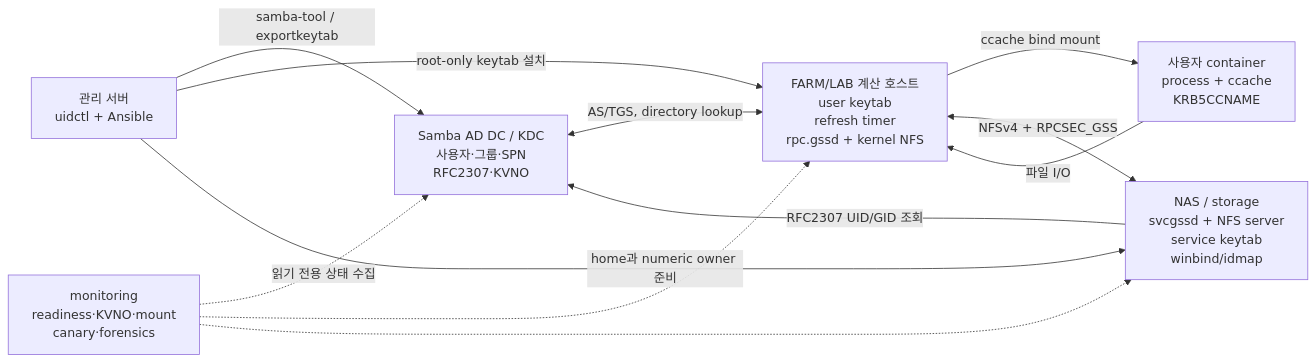
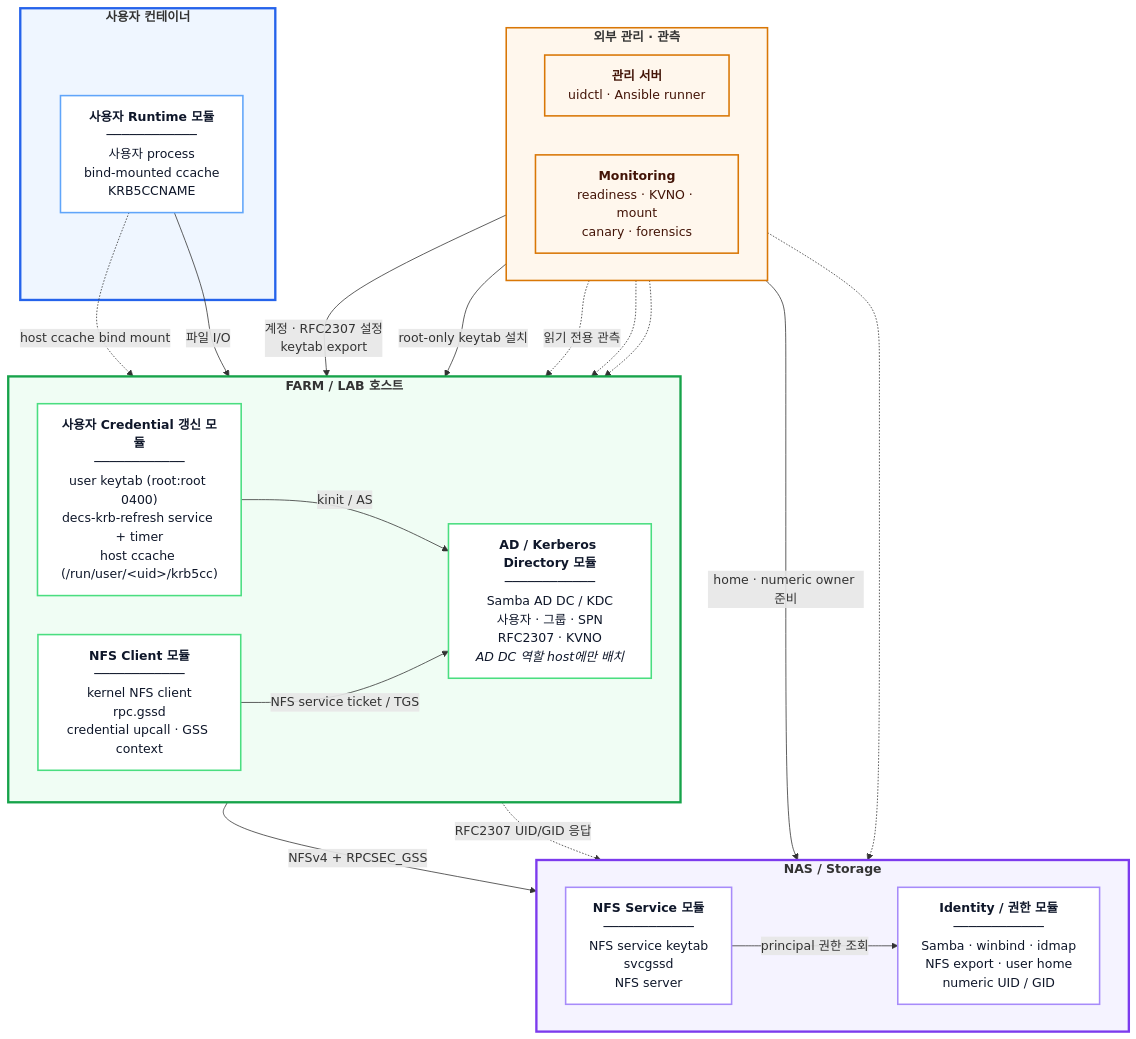
Before and after one commit to CSID-DGU/admin_wiki: the first of 3 diagrams in md/system/kerberos-nfs/design.md, drawn with Mermaid. The commit also changed other lines of this file and 8 other files, not shown here.

Commit message:
docs: clarify kerberos nfs architecture diagram

````diff
--- a/md/system/kerberos-nfs/design.md
+++ b/md/system/kerberos-nfs/design.md
@@ -19,21 +24,58 @@
 ```mermaid
-flowchart LR
-    M["관리 서버<br/>uidctl + Ansible"]
-    AD["Samba AD DC / KDC<br/>사용자·그룹·SPN<br/>RFC2307·KVNO"]
-    H["FARM/LAB 계산 호스트<br/>user keytab<br/>refresh timer<br/>rpc.gssd + kernel NFS"]
-    C["사용자 container<br/>process + ccache<br/>KRB5CCNAME"]
-    NAS["NAS / storage<br/>svcgssd + NFS server<br/>service keytab<br/>winbind/idmap"]
-    MON["monitoring<br/>readiness·KVNO·mount<br/>canary·forensics"]
+flowchart TB
+    subgraph CONTROL_ZONE["<b>외부 관리 · 관측</b>"]
+        direction LR
+        M["<b>관리 서버</b><br/>uidctl · Ansible runner"]
+        MON["<b>Monitoring</b><br/>readiness · KVNO · mount<br/>canary · forensics"]
+    end
 
-    M -->|"samba-tool / exportkeytab"| AD
-    M -->|"root-only keytab 설치"| H
-    M -->|"home과 numeric owner 준비"| NAS
-    AD <-->|"AS/TGS, directory lookup"| H
-    H -->|"ccache bind mount"| C
-    C -->|"파일 I/O"| H
-    H <-->|"NFSv4 + RPCSEC_GSS"| NAS
-    NAS -->|"RFC2307 UID/GID 조회"| AD
-    MON -.->|"읽기 전용 상태 수집"| AD
-    MON -.-> H
-    MON -.-> NAS
+    subgraph CONTAINER_ZONE["<b>사용자 컨테이너</b>"]
+        USER_RUNTIME["<b>사용자 Runtime 모듈</b><br/>────────────<br/>사용자 process<br/>bind-mounted ccache<br/>KRB5CCNAME"]
+    end
+
+    subgraph HOST_ZONE["<b>FARM / LAB 호스트</b>"]
+        direction LR
+        DIRECTORY_MODULE["<b>AD / Kerberos Directory 모듈</b><br/>────────────<br/>Samba AD DC / KDC<br/>사용자 · 그룹 · SPN<br/>RFC2307 · KVNO<br/><i>AD DC 역할 host에만 배치</i>"]
+        REFRESH_MODULE["<b>사용자 Credential 갱신 모듈</b><br/>────────────<br/>user keytab (root:root 0400)<br/>decs-krb-refresh service + timer<br/>host ccache (/run/user/&lt;uid&gt;/krb5cc)"]
+        NFS_CLIENT_MODULE["<b>NFS Client 모듈</b><br/>────────────<br/>kernel NFS client<br/>rpc.gssd<br/>credential upcall · GSS context"]
+    end
+
+    subgraph STORAGE_ZONE["<b>NAS / Storage</b>"]
+        direction LR
+        NFS_SERVER_MODULE["<b>NFS Service 모듈</b><br/>────────────<br/>NFS service keytab<br/>svcgssd<br/>NFS server"]
+        STORAGE_ID_MODULE["<b>Identity / 권한 모듈</b><br/>────────────<br/>Samba · winbind · idmap<br/>NFS export · user home<br/>numeric UID / GID"]
+    end
+
+    M -->|"계정 · RFC2307 설정<br/>keytab export"| DIRECTORY_MODULE
+    M -->|"root-only keytab 설치"| REFRESH_MODULE
+    M -->|"home · numeric owner 준비"| STORAGE_ID_MODULE
+
+    REFRESH_MODULE -->|"kinit / AS"| DIRECTORY_MODULE
+    USER_RUNTIME -.->|"host ccache bind mount"| REFRESH_MODULE
+    USER_RUNTIME -->|"파일 I/O"| NFS_CLIENT_MODULE
+    NFS_CLIENT_MODULE -->|"NFS service ticket / TGS"| DIRECTORY_MODULE
+    NFS_CLIENT_MODULE -->|"NFSv4 + RPCSEC_GSS"| NFS_SERVER_MODULE
+    NFS_SERVER_MODULE -->|"principal 권한 조회"| STORAGE_ID_MODULE
+    DIRECTORY_MODULE -.->|"RFC2307 UID/GID 응답"| STORAGE_ID_MODULE
+
+    MON -.->|"읽기 전용 관측"| DIRECTORY_MODULE
+    MON -.-> REFRESH_MODULE
+    MON -.-> NFS_CLIENT_MODULE
+    MON -.-> NFS_SERVER_MODULE
+
+    classDef component fill:#ffffff,stroke:#64748b,stroke-width:1px,color:#0f172a
+    classDef external fill:#fff7ed,stroke:#d97706,stroke-width:2px,color:#431407
+    class M,MON external
+    class USER_RUNTIME,DIRECTORY_MODULE,REFRESH_MODULE,NFS_CLIENT_MODULE,NFS_SERVER_MODULE,STORAGE_ID_MODULE component
+
+    style CONTAINER_ZONE fill:#eff6ff,stroke:#2563eb,stroke-width:3px
+    style HOST_ZONE fill:#f0fdf4,stroke:#16a34a,stroke-width:3px
+    style STORAGE_ZONE fill:#f5f3ff,stroke:#7c3aed,stroke-width:3px
+    style CONTROL_ZONE fill:#fff7ed,stroke:#d97706,stroke-width:2px
+    style USER_RUNTIME stroke:#60a5fa,stroke-width:2px
+    style DIRECTORY_MODULE stroke:#4ade80,stroke-width:2px
+    style REFRESH_MODULE stroke:#4ade80,stroke-width:2px
+    style NFS_CLIENT_MODULE stroke:#4ade80,stroke-width:2px
+    style NFS_SERVER_MODULE stroke:#a78bfa,stroke-width:2px
+    style STORAGE_ID_MODULE stroke:#a78bfa,stroke-width:2px
 ```
````
